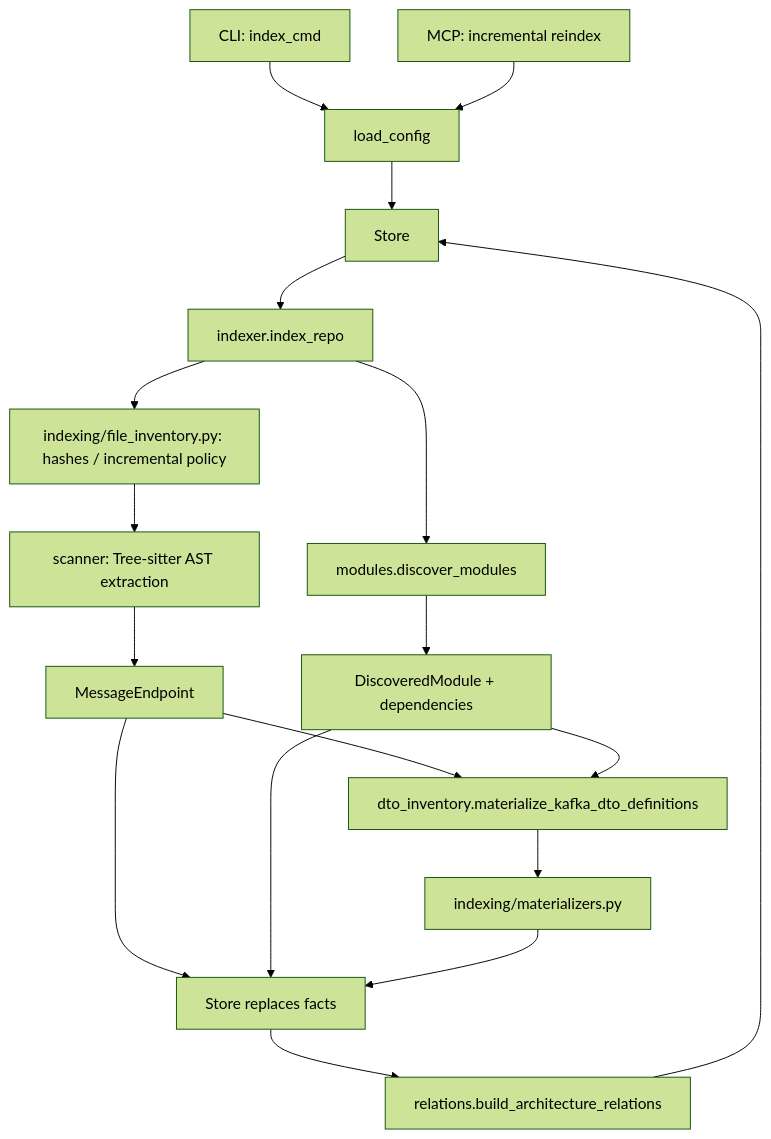
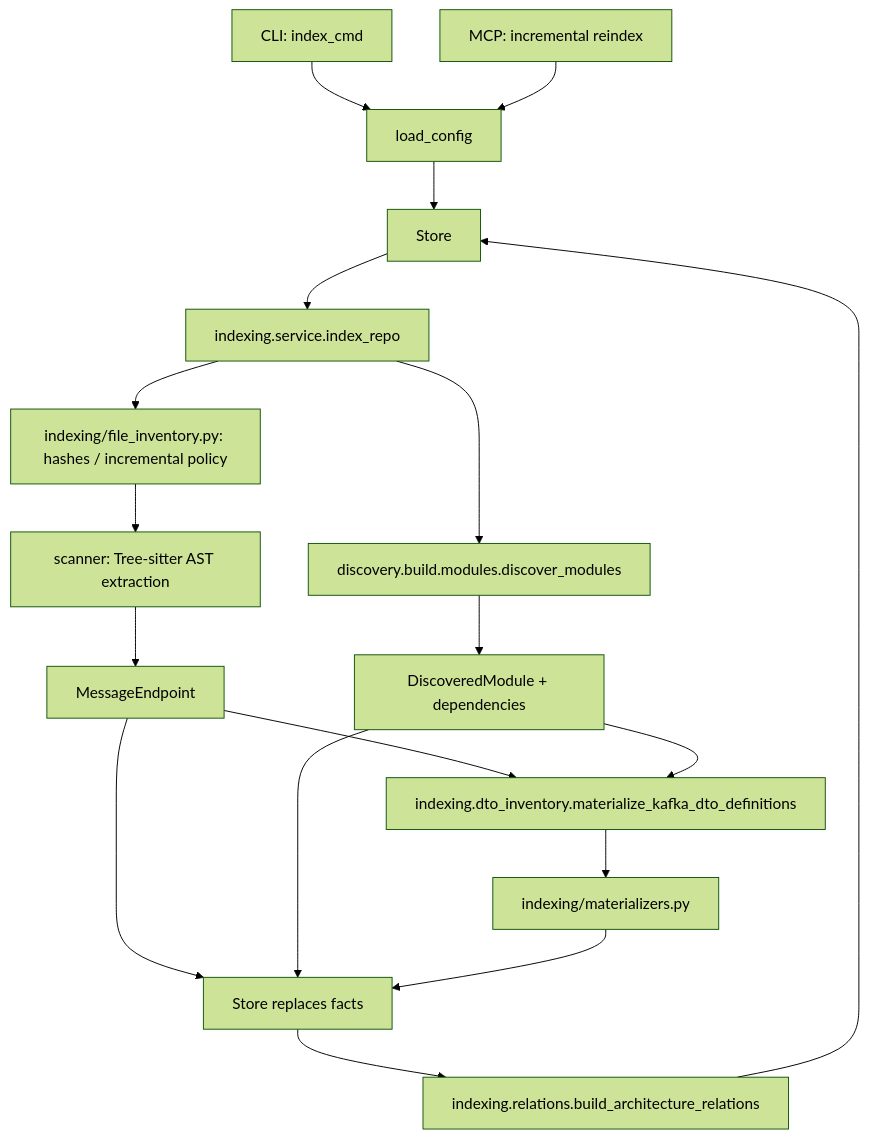
One commit to elkouhen/systemlens changed the first of 2 diagrams in docs/ARCHITECTURE.md. Above: the diagram before and after it, drawn with Mermaid (forest theme). The commit also changed other lines of this file and 108 other files, not shown here.

Commit message:
refactor source tree into architecture packages

````diff
--- a/docs/ARCHITECTURE.md
+++ b/docs/ARCHITECTURE.md
@@ -51,20 +63,20 @@
 ```mermaid
 flowchart TD
     CLI["CLI: index_cmd"] --> Config["load_config"]
     MCP["MCP: incremental reindex"] --> Config
     Config --> Store["Store"]
-    Store --> Indexer["indexer.index_repo"]
-    Indexer --> ModuleDiscovery["modules.discover_modules"]
+    Store --> Indexer["indexing.service.index_repo"]
+    Indexer --> ModuleDiscovery["discovery.build.modules.discover_modules"]
     Indexer --> FileInventory["indexing/file_inventory.py: hashes / incremental policy"]
     FileInventory --> Scanner["scanner: Tree-sitter AST extraction"]
     Scanner --> Facts["MessageEndpoint"]
     ModuleDiscovery --> ModuleFacts["DiscoveredModule + dependencies"]
     Facts --> Persist["Store replaces facts"]
     ModuleFacts --> Persist
-    Facts --> DTOInventory["dto_inventory.materialize_kafka_dto_definitions"]
+    Facts --> DTOInventory["indexing.dto_inventory.materialize_kafka_dto_definitions"]
     ModuleFacts --> DTOInventory
     DTOInventory --> Materializers["indexing/materializers.py"]
     Materializers --> Persist
-    Persist --> Relations["relations.build_architecture_relations"]
+    Persist --> Relations["indexing.relations.build_architecture_relations"]
     Relations --> Store
 ```
````
